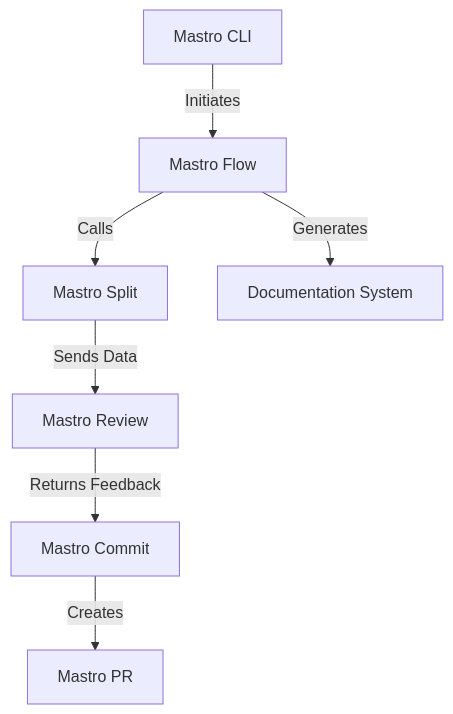
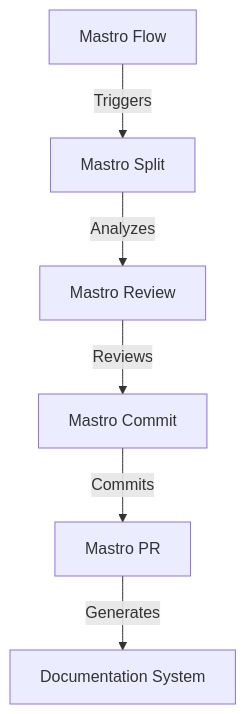
The second of 3 diagrams in docs/architecture.md (geogoesbeepboop/refiner), drawn with Mermaid before and after one commit. The commit also changed other lines of this file and 7 other files, not shown here.

````diff
--- a/docs/architecture.md
+++ b/docs/architecture.md
@@ -151,9 +145,8 @@
 ```mermaid
-graph TD
-    A[Mastro CLI] -->|Initiates| B[Mastro Flow]
-    B -->|Calls| C[Mastro Split]
-    C -->|Sends Data| D[Mastro Review]
-    D -->|Returns Feedback| E[Mastro Commit]
-    E -->|Creates| F[Mastro PR]
-    B -->|Generates| G[Documentation System]
+graph TD;
+    A[Mastro Flow] -->|Triggers| B[Mastro Split];
+    B -->|Analyzes| C[Mastro Review];
+    C -->|Reviews| D[Mastro Commit];
+    D -->|Commits| E[Mastro PR];
+    E -->|Generates| F[Documentation System];
 ```
````
